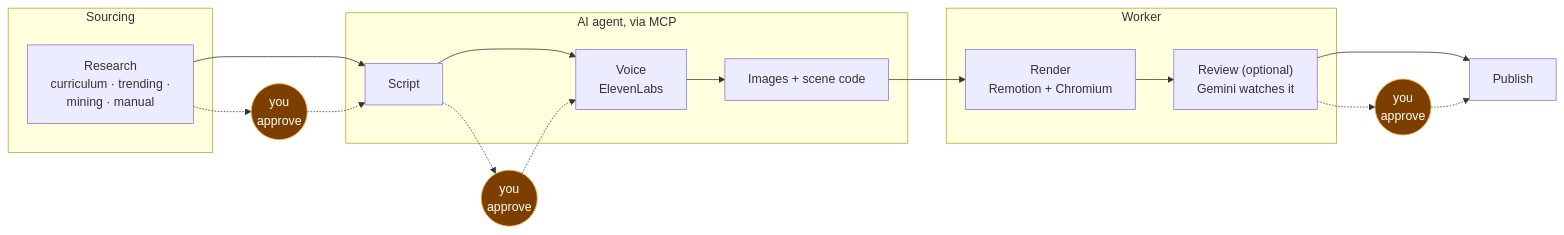
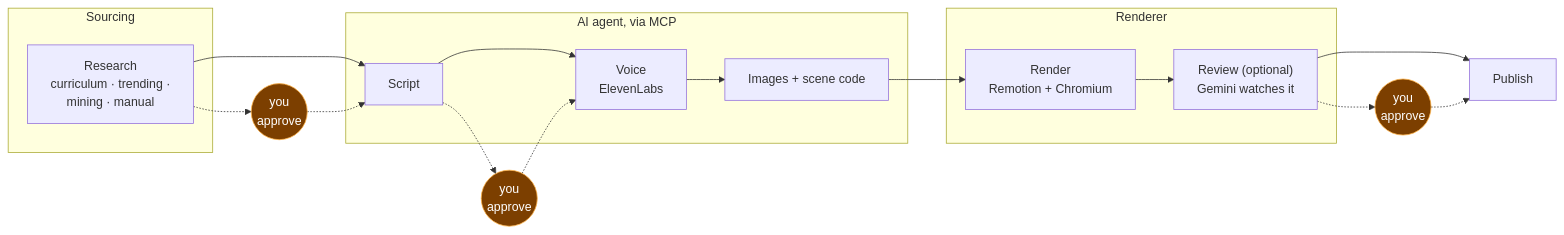
One commit to teja156/tubematic changed the diagram in docs/user-guide/01-overview.md. Above: the diagram before and after it, drawn with Mermaid. The commit also changed other lines of this file and 45 other files, not shown here.

Commit message:
Docs, release notes and agent help for the worker/renderer split: five containers, tubematic-worker's loop on page 12, the render path on page 11, the --no-stop refusal and the rollback step (TMDEV-188)

````diff
--- a/docs/user-guide/01-overview.md
+++ b/docs/user-guide/01-overview.md
@@ -24,27 +24,27 @@
 ```mermaid
 flowchart LR
     subgraph SRC["Sourcing"]
         R["Research<br/>curriculum · trending ·<br/>mining · manual"]
     end
     subgraph AI["AI agent, via MCP"]
         S["Script"]
         V["Voice<br/>ElevenLabs"]
         SC["Images + scene code"]
     end
-    subgraph AUTO["Worker"]
+    subgraph AUTO["Renderer"]
         RE["Render<br/>Remotion + Chromium"]
         RV["Review (optional)<br/>Gemini watches it"]
     end
     P["Publish"]
 
     R --> S --> V --> SC --> RE --> RV --> P
 
     H1(("you<br/>approve")):::h
     H2(("you<br/>approve")):::h
     H3(("you<br/>approve")):::h
     R -.-> H1 -.-> S
     S -.-> H2 -.-> V
     RV -.-> H3 -.-> P
 
     classDef h fill:#7c3f00,stroke:#ffb347,color:#fff
 ```
````
